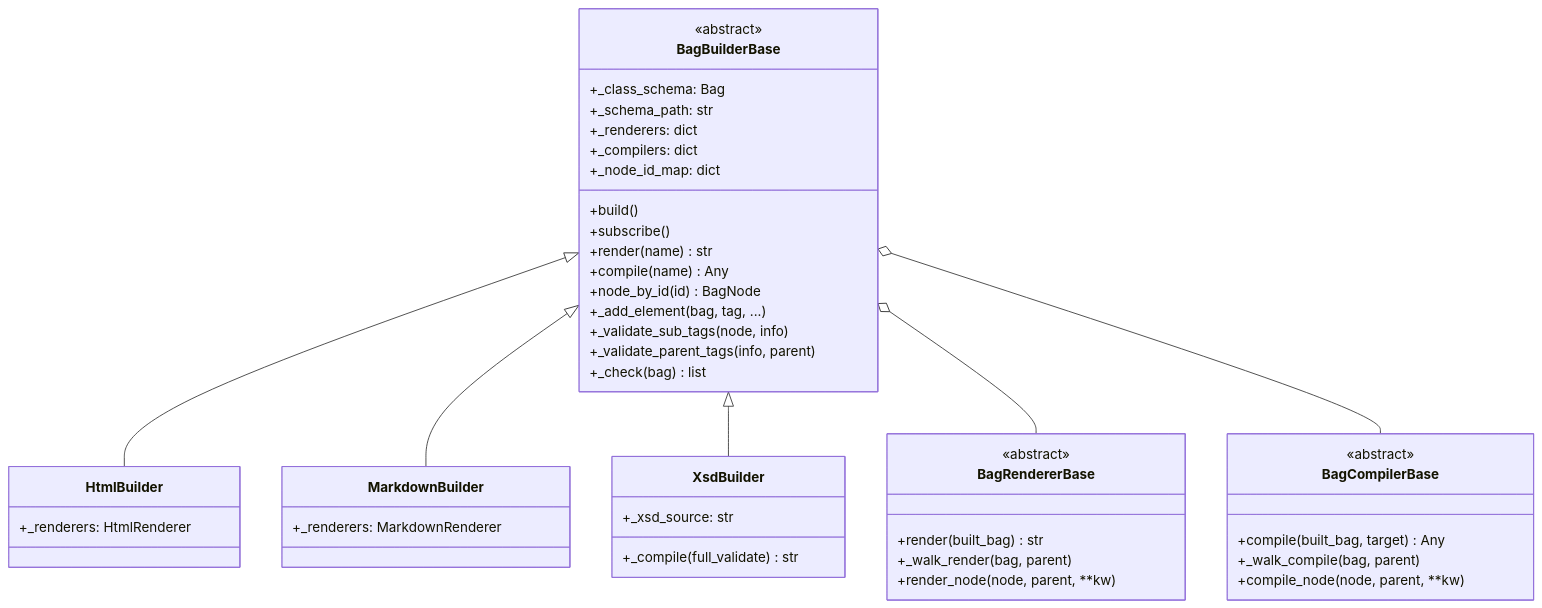
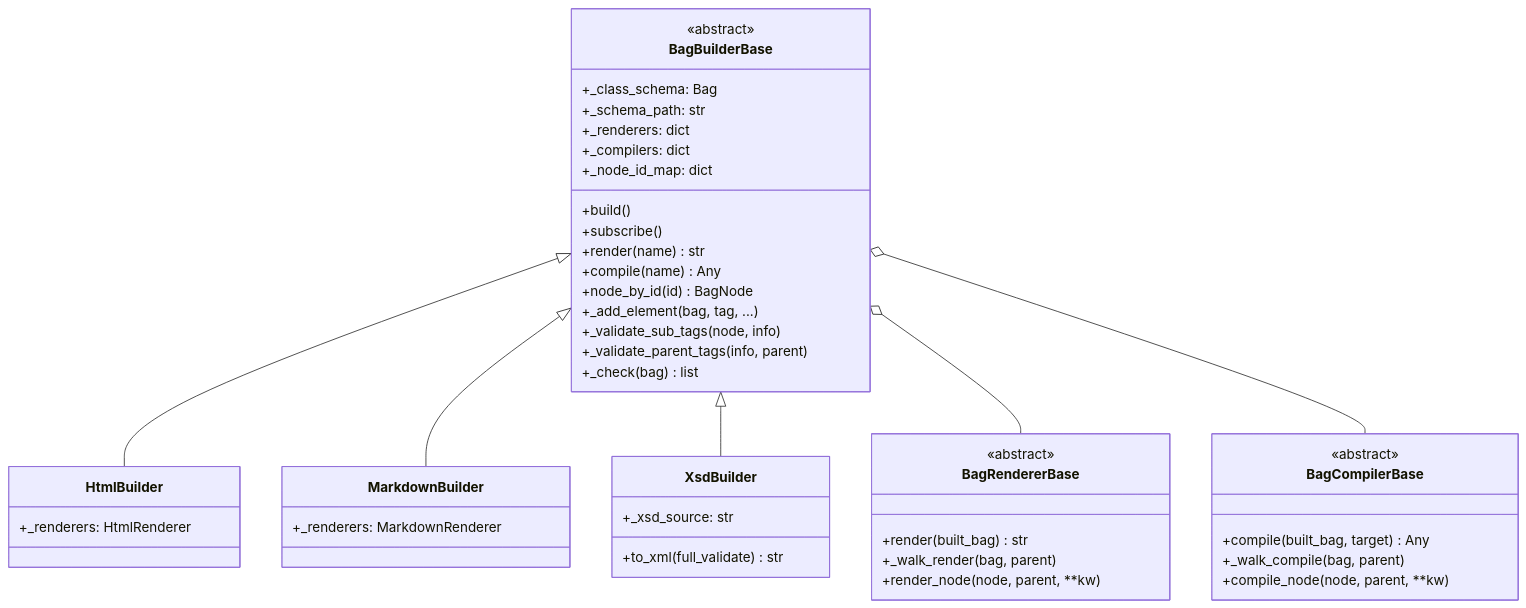
Diagram 11 of 16 in docs/reference/architecture.md (genropy/genro-builders), drawn with Mermaid before and after one commit. The commit also changed 17 other files, not shown here.

````diff
--- a/docs/reference/architecture.md
+++ b/docs/reference/architecture.md
@@ -233,53 +233,53 @@
 ```mermaid
 classDiagram
     class BagBuilderBase {
         <<abstract>>
         +_class_schema: Bag
         +_schema_path: str
         +_renderers: dict
         +_compilers: dict
         +_node_id_map: dict
         +build()
         +subscribe()
         +render(name) str
         +compile(name) Any
         +node_by_id(id) BagNode
         +_add_element(bag, tag, ...)
         +_validate_sub_tags(node, info)
         +_validate_parent_tags(info, parent)
         +_check(bag) list
     }
 
     class BagRendererBase {
         <<abstract>>
         +render(built_bag) str
         +_walk_render(bag, parent)
         +render_node(node, parent, **kw)
     }
 
     class BagCompilerBase {
         <<abstract>>
         +compile(built_bag, target) Any
         +_walk_compile(bag, parent)
         +compile_node(node, parent, **kw)
     }
 
     class HtmlBuilder {
         +_renderers: HtmlRenderer
     }
 
     class MarkdownBuilder {
         +_renderers: MarkdownRenderer
     }
 
     class XsdBuilder {
         +_xsd_source: str
-        +_compile(full_validate) str
+        +to_xml(full_validate) str
     }
 
     BagBuilderBase <|-- HtmlBuilder
     BagBuilderBase <|-- MarkdownBuilder
     BagBuilderBase <|-- XsdBuilder
     BagBuilderBase o-- BagRendererBase
     BagBuilderBase o-- BagCompilerBase
 ```
````
